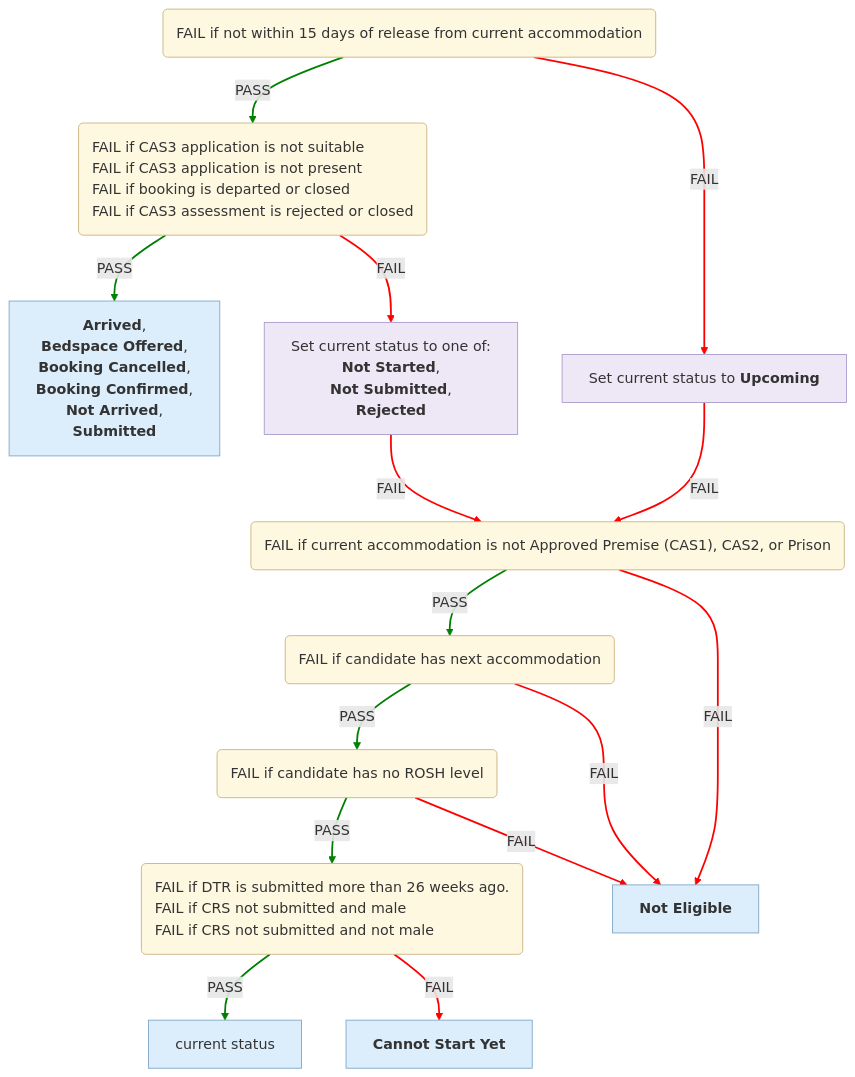
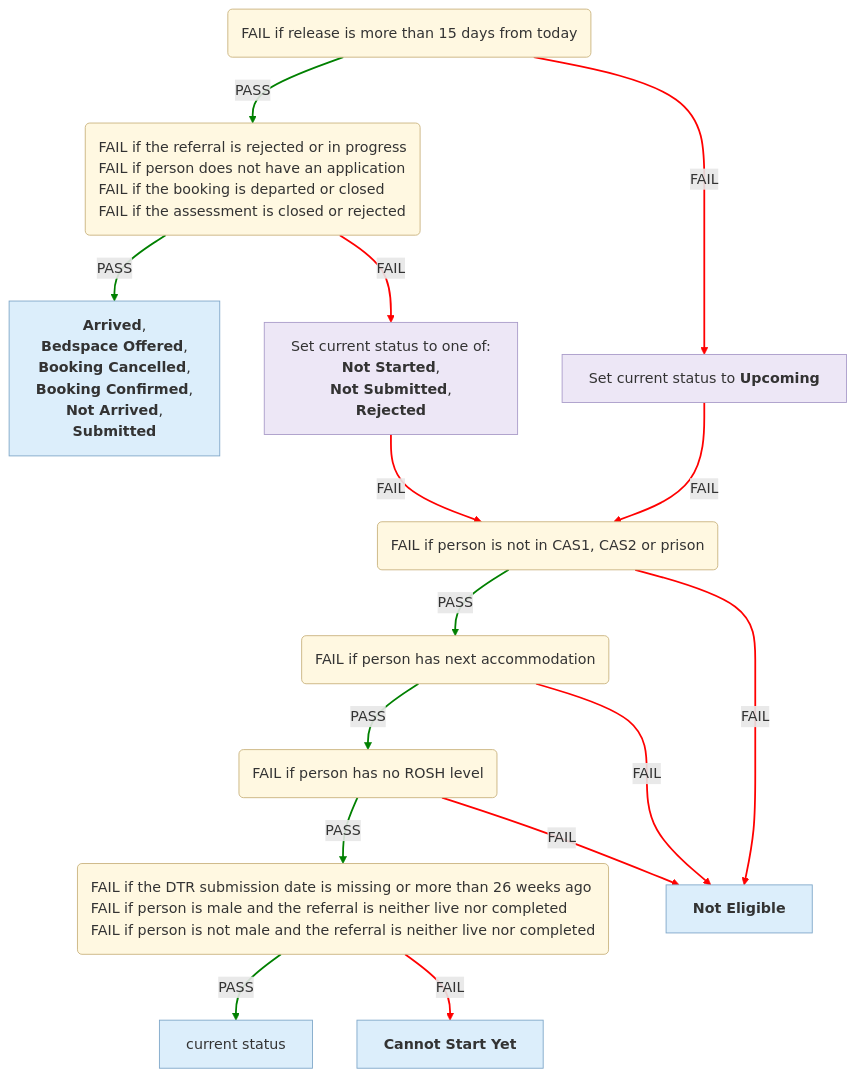
One commit to ministryofjustice/hmpps-single-accommodation-service-api changed the third of 6 diagrams in docs/eligibility-rules-graph.md. Above: the diagram before and after it, drawn with Mermaid. The commit also changed other lines of this file and 275 other files, not shown here.

Commit message:
chore/SAS-1544-Make-language-more-natural-for-Fail-descriptions

````diff
--- a/docs/eligibility-rules-graph.md
+++ b/docs/eligibility-rules-graph.md
@@ -284,51 +284,51 @@
 ```mermaid
 %%{init: {"flowchart": {"wrappingWidth": 800}}}%%
 flowchart TD
-  Upcoming("<div style='text-align:left'>FAIL if not within 15 days of release from current accommodation</div>")
-  Suitability("<div style='text-align:left'>FAIL if CAS3 application is not suitable
-FAIL if CAS3 application is not present
-FAIL if booking is departed or closed
-FAIL if CAS3 assessment is rejected or closed</div>")
-  outcome_Cas3CompletionContextUpdater["<b>Arrived</b>,
+  Release_Within_15_Days("<div style='text-align:left'>FAIL if release is more than 15 days from today</div>")
+  CAS3_Referral("<div style='text-align:left'>FAIL if the referral is rejected or in progress
+FAIL if person does not have an application
+FAIL if the booking is departed or closed
+FAIL if the assessment is closed or rejected</div>")
+  outcome_Cas3ActiveContextUpdater["<b>Arrived</b>,
  <b>Bedspace Offered</b>,
  <b>Booking Cancelled</b>,
  <b>Booking Confirmed</b>,
  <b>Not Arrived</b>,
  <b>Submitted</b>"]
-  updater_Cas3SuitabilityContextUpdater["Set current status to one of:
+  updater_Cas3StartContextUpdater["Set current status to one of:
 <b>Not Started</b>,
  <b>Not Submitted</b>,
  <b>Rejected</b>"]
-  Eligibility_Current_Accommodation("<div style='text-align:left'>FAIL if current accommodation is not Approved Premise (CAS1), CAS2, or Prison</div>")
-  Eligibility_Next_Accommodation("<div style='text-align:left'>FAIL if candidate has next accommodation</div>")
-  Eligibility_Rosh("<div style='text-align:left'>FAIL if candidate has no ROSH level</div>")
-  Prerequisite("<div style='text-align:left'>FAIL if DTR is submitted more than 26 weeks ago.
-FAIL if CRS not submitted and male
-FAIL if CRS not submitted and not male</div>")
+  Current_Accommodation_Eligible_For_CAS3("<div style='text-align:left'>FAIL if person is not in CAS1, CAS2 or prison</div>")
+  No_Next_Accommodation("<div style='text-align:left'>FAIL if person has next accommodation</div>")
+  ROSH_Eligible("<div style='text-align:left'>FAIL if person has no ROSH level</div>")
+  Prerequisite("<div style='text-align:left'>FAIL if the DTR submission date is missing or more than 26 weeks ago
+FAIL if person is male and the referral is neither live nor completed
+FAIL if person is not male and the referral is neither live nor completed</div>")
   confirmed["current status"]
-  outcome_Cas3PrerequisiteContextUpdater["<b>Cannot Start Yet</b>"]
+  outcome_Cas3CannotStartContextUpdater["<b>Cannot Start Yet</b>"]
   CAS3_NOT_ELIGIBLE["<b>Not Eligible</b>"]
   updater_Cas3UpcomingContextUpdater["Set current status to <b>Upcoming</b>"]
-  Suitability -->|PASS| outcome_Cas3CompletionContextUpdater
-  Suitability -->|FAIL| updater_Cas3SuitabilityContextUpdater
+  CAS3_Referral -->|PASS| outcome_Cas3ActiveContextUpdater
+  CAS3_Referral -->|FAIL| updater_Cas3StartContextUpdater
   Prerequisite -->|PASS| confirmed
-  Prerequisite -->|FAIL| outcome_Cas3PrerequisiteContextUpdater
-  Eligibility_Rosh -->|PASS| Prerequisite
-  Eligibility_Rosh -->|FAIL| CAS3_NOT_ELIGIBLE
-  Eligibility_Next_Accommodation -->|PASS| Eligibility_Rosh
-  Eligibility_Next_Accommodation -->|FAIL| CAS3_NOT_ELIGIBLE
-  Eligibility_Current_Accommodation -->|PASS| Eligibility_Next_Accommodation
-  Eligibility_Current_Accommodation -->|FAIL| CAS3_NOT_ELIGIBLE
-  updater_Cas3SuitabilityContextUpdater -->|FAIL| Eligibility_Current_Accommodation
-  Upcoming -->|PASS| Suitability
-  Upcoming -->|FAIL| updater_Cas3UpcomingContextUpdater
-  updater_Cas3UpcomingContextUpdater -->|FAIL| Eligibility_Current_Accommodation
+  Prerequisite -->|FAIL| outcome_Cas3CannotStartContextUpdater
+  ROSH_Eligible -->|PASS| Prerequisite
+  ROSH_Eligible -->|FAIL| CAS3_NOT_ELIGIBLE
+  No_Next_Accommodation -->|PASS| ROSH_Eligible
+  No_Next_Accommodation -->|FAIL| CAS3_NOT_ELIGIBLE
+  Current_Accommodation_Eligible_For_CAS3 -->|PASS| No_Next_Accommodation
+  Current_Accommodation_Eligible_For_CAS3 -->|FAIL| CAS3_NOT_ELIGIBLE
+  updater_Cas3StartContextUpdater -->|FAIL| Current_Accommodation_Eligible_For_CAS3
+  Release_Within_15_Days -->|PASS| CAS3_Referral
+  Release_Within_15_Days -->|FAIL| updater_Cas3UpcomingContextUpdater
+  updater_Cas3UpcomingContextUpdater -->|FAIL| Current_Accommodation_Eligible_For_CAS3
   linkStyle 0,2,4,6,8,11 stroke:green,stroke-width:2px
   linkStyle 1,3,5,7,9,10,12,13 stroke:red,stroke-width:2px
   classDef ruleSetNode fill:#FFF8E1,stroke:#C9B37E,color:#333
   classDef outcomeNode fill:#DCEEFB,stroke:#7FA7C9,color:#333
   classDef updaterNode fill:#EDE7F6,stroke:#A99BC9,color:#333
-  class Upcoming,Suitability,Eligibility_Current_Accommodation,Eligibility_Next_Accommodation,Eligibility_Rosh,Prerequisite ruleSetNode
-  class outcome_Cas3CompletionContextUpdater,confirmed,outcome_Cas3PrerequisiteContextUpdater,CAS3_NOT_ELIGIBLE outcomeNode
-  class updater_Cas3SuitabilityContextUpdater,updater_Cas3UpcomingContextUpdater updaterNode
+  class Release_Within_15_Days,CAS3_Referral,Current_Accommodation_Eligible_For_CAS3,No_Next_Accommodation,ROSH_Eligible,Prerequisite ruleSetNode
+  class outcome_Cas3ActiveContextUpdater,confirmed,outcome_Cas3CannotStartContextUpdater,CAS3_NOT_ELIGIBLE outcomeNode
+  class updater_Cas3StartContextUpdater,updater_Cas3UpcomingContextUpdater updaterNode
 ```
````
